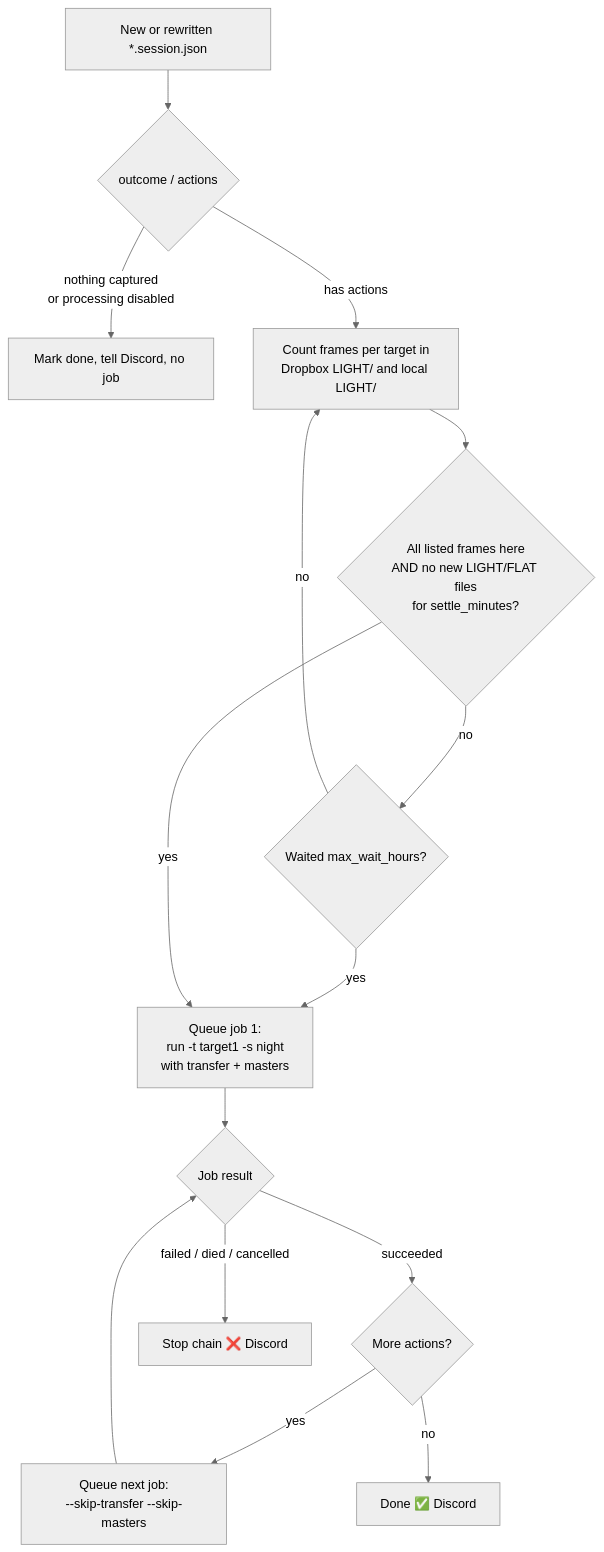
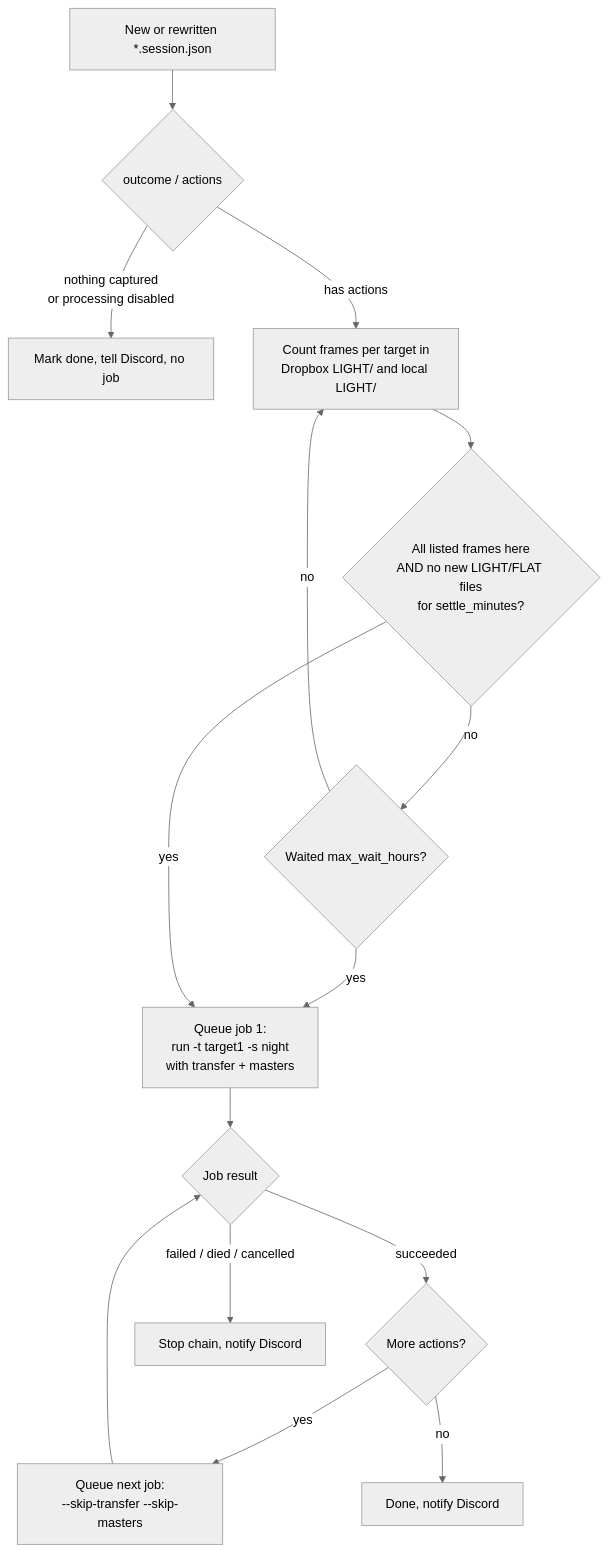
The fifth of 5 diagrams in README.md (BenCoullNeveu/SkySharePlanner), drawn with Mermaid (neutral theme) before and after one commit. The commit also changed other lines of this file and 21 other files, not shown here.

````diff
--- a/README.md
+++ b/README.md
@@ -382,17 +401,17 @@
 ```mermaid
 flowchart TD
     A[New or rewritten *.session.json] --> B{outcome / actions}
     B -- "nothing captured<br/>or processing disabled" --> Z[Mark done, tell Discord, no job]
     B -- has actions --> C[Count frames per target in<br/>Dropbox LIGHT/ and local LIGHT/]
     C --> D{All listed frames here<br/>AND no new LIGHT/FLAT files<br/>for settle_minutes?}
     D -- no --> E{Waited max_wait_hours?}
     E -- no --> C
     E -- yes --> F
     D -- yes --> F[Queue job 1:<br/>run -t target1 -s night<br/>with transfer + masters]
     F --> G{Job result}
     G -- succeeded --> H{More actions?}
     H -- yes --> I[Queue next job:<br/>--skip-transfer --skip-masters]
     I --> G
-    H -- no --> K[Done ✅ Discord]
-    G -- "failed / died / cancelled" --> X[Stop chain ❌ Discord]
+    H -- no --> K[Done, notify Discord]
+    G -- "failed / died / cancelled" --> X[Stop chain, notify Discord]
 ```
````
